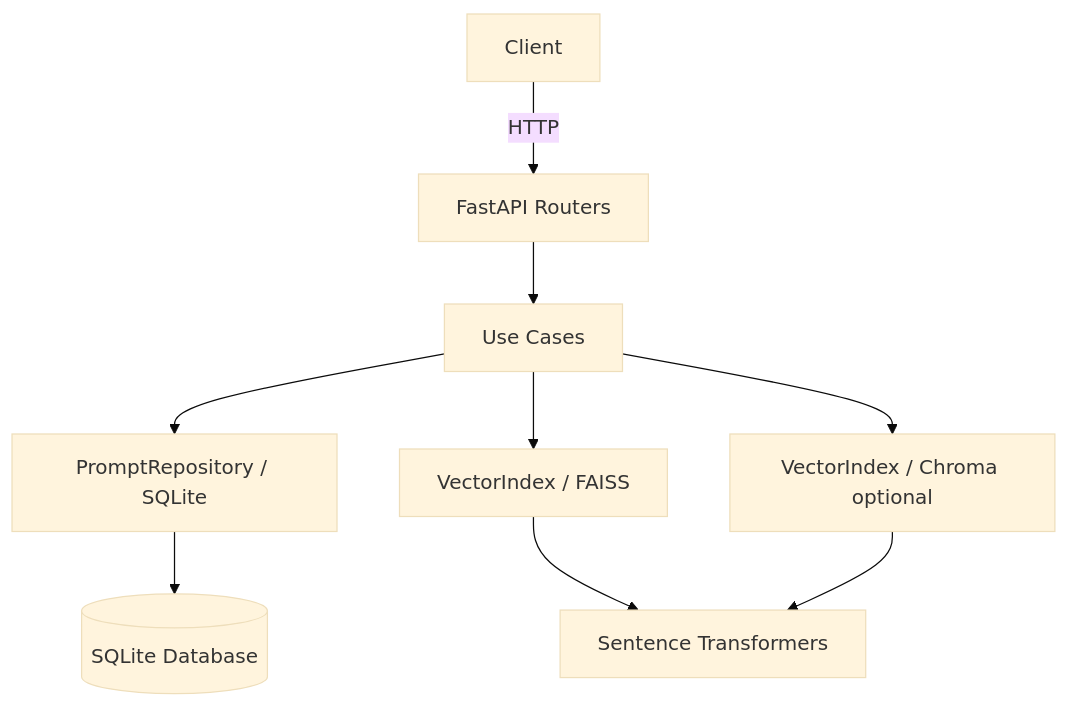
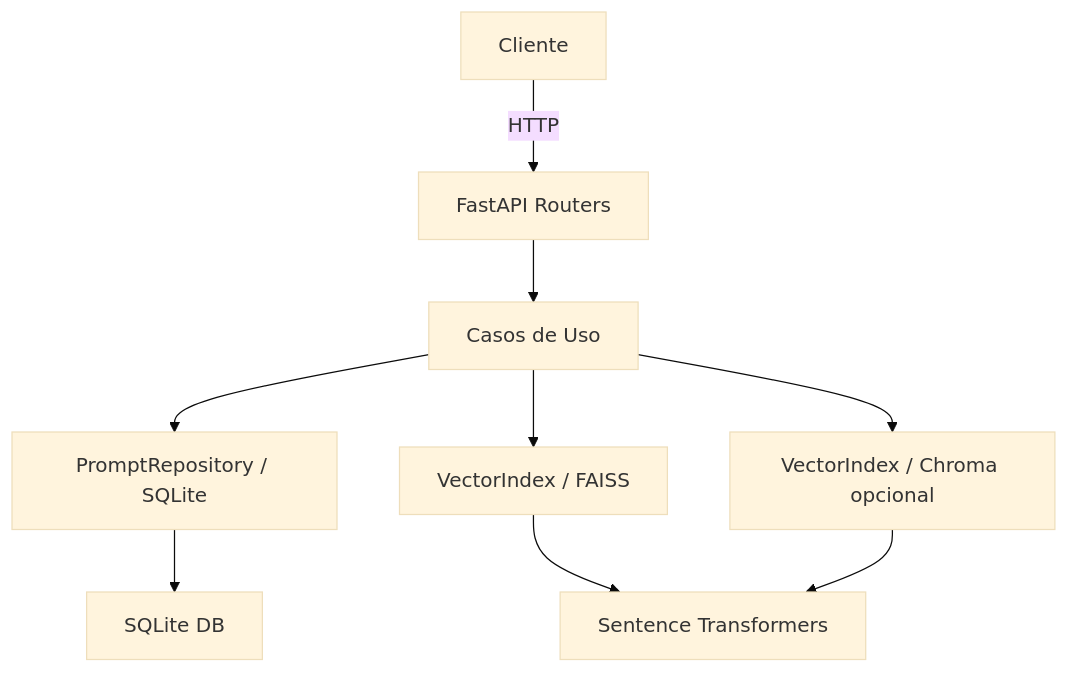
One commit to JazzzFM/SaptivaTekChallenge changed the first of 2 diagrams in README.md. Above: the diagram before and after it, drawn with Mermaid (base theme). The commit also changed other lines of this file and 23 other files, not shown here.

````diff
--- a/README.md
+++ b/README.md
@@ -37,11 +41,11 @@
 ```mermaid
 flowchart TD
-  Client[Client] -->|HTTP| API[FastAPI Routers];
-  API --> UC[Use Cases];
-  UC --> Repo[PromptRepository / SQLite];
-  UC --> VFaiss[VectorIndex / FAISS];
-  UC --> VChroma[VectorIndex / Chroma optional];
-  VFaiss --> Emb[Sentence Transformers];
-  VChroma --> Emb;
-  Repo --> DB[(SQLite Database)];
+    Client[Cliente] -->|HTTP| API[FastAPI Routers]
+    API --> UC[Casos de Uso]
+    UC --> Repo[PromptRepository / SQLite]
+    UC --> IndexFAISS[VectorIndex / FAISS]
+    UC --> IndexChroma[VectorIndex / Chroma opcional]
+    IndexFAISS --> Emb[Sentence Transformers]
+    IndexChroma --> Emb
+    Repo --> DB[SQLite DB]
 ```
````
